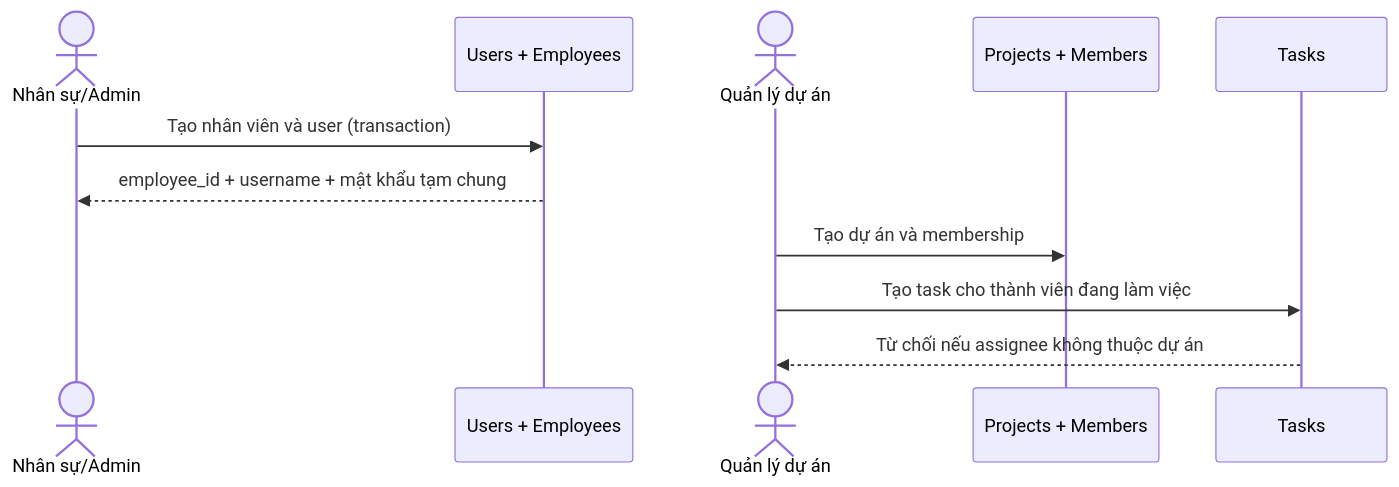
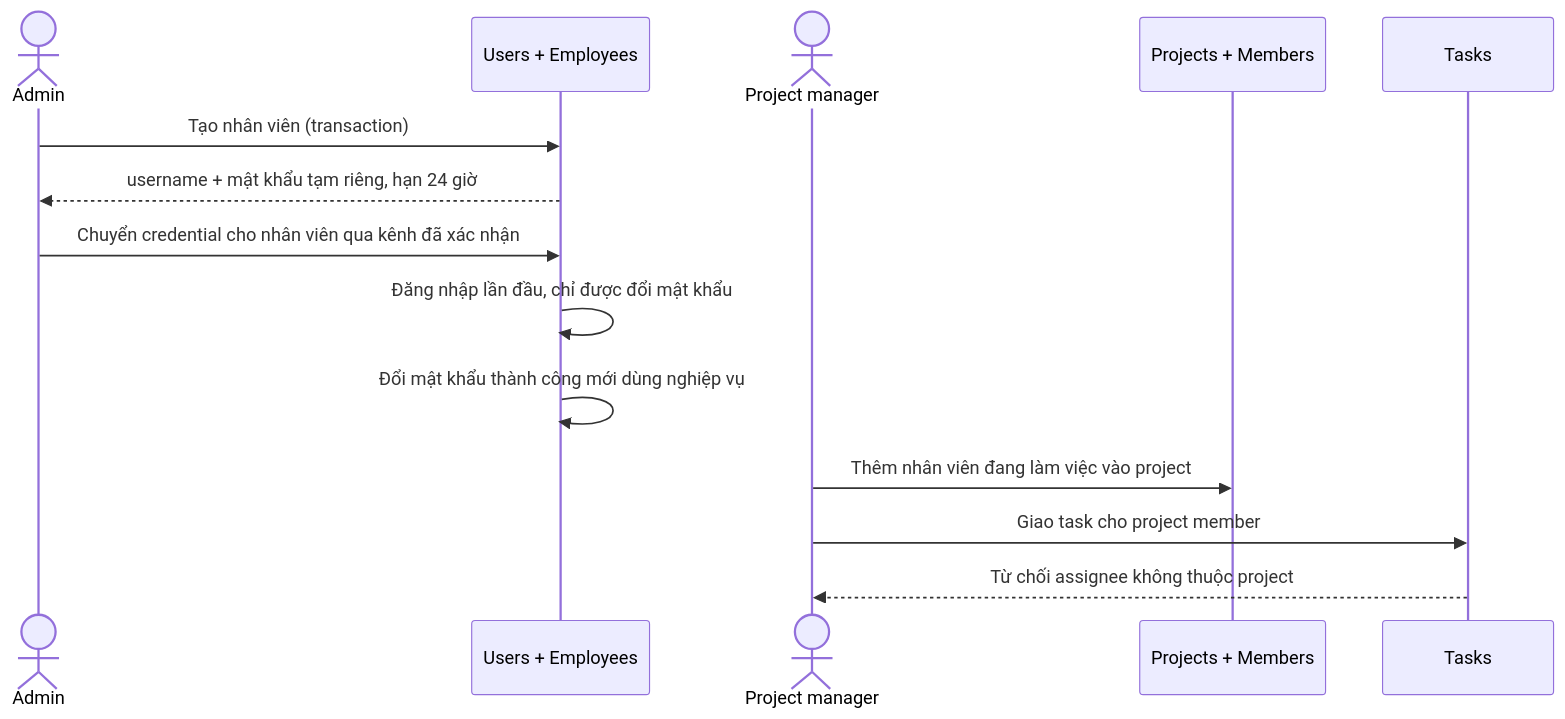
One commit to kietgamer09/miniERP changed the first of 3 diagrams in docs/business/cross-module-workflows.md. Above: the diagram before and after it, drawn with Mermaid. The commit also changed other lines of this file and 6 other files, not shown here.

````diff
--- a/docs/business/cross-module-workflows.md
+++ b/docs/business/cross-module-workflows.md
@@ -20,13 +17,16 @@
 ```mermaid
 sequenceDiagram
-    actor HR as Nhân sự/Admin
+    actor A as Admin
     participant U as Users + Employees
-    actor PM as Quản lý dự án
+    actor M as Project manager
     participant P as Projects + Members
     participant T as Tasks
-    HR->>U: Tạo nhân viên và user (transaction)
-    U-->>HR: employee_id + username + mật khẩu tạm chung
-    PM->>P: Tạo dự án và membership
-    PM->>T: Tạo task cho thành viên đang làm việc
-    T-->>PM: Từ chối nếu assignee không thuộc dự án
+    A->>U: Tạo nhân viên (transaction)
+    U-->>A: username + mật khẩu tạm riêng, hạn 24 giờ
+    A->>U: Chuyển credential cho nhân viên qua kênh đã xác nhận
+    U->>U: Đăng nhập lần đầu, chỉ được đổi mật khẩu
+    U->>U: Đổi mật khẩu thành công mới dùng nghiệp vụ
+    M->>P: Thêm nhân viên đang làm việc vào project
+    M->>T: Giao task cho project member
+    T-->>M: Từ chối assignee không thuộc project
 ```
````
